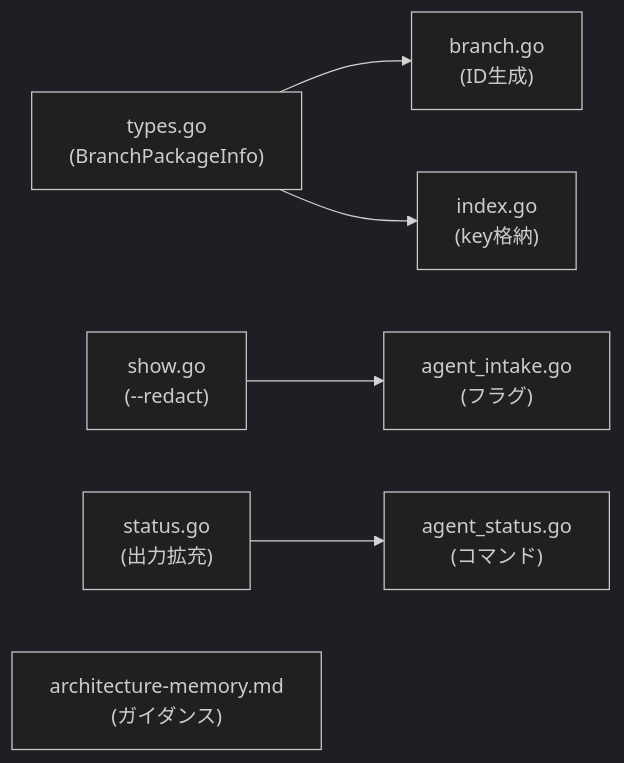
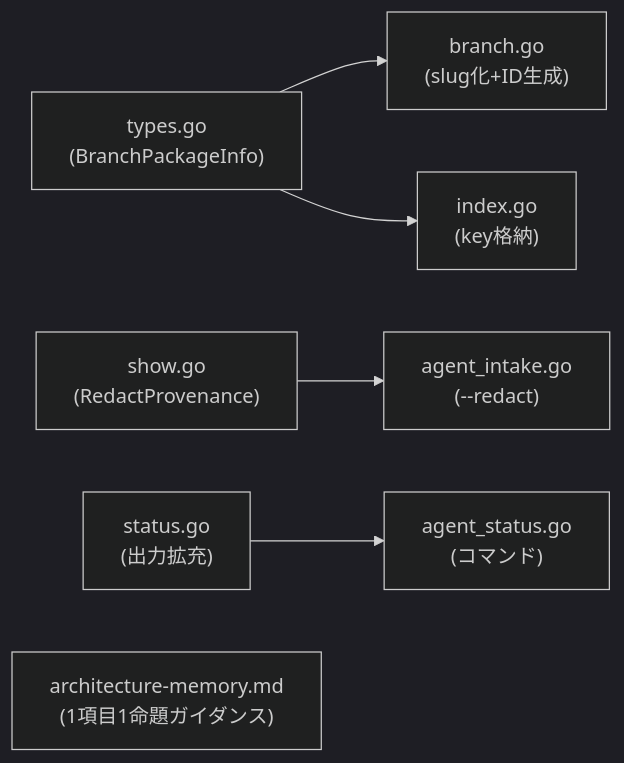
Before and after one commit to axsh/tokotachi: the diagram in prompts/phases/000-foundation/branches/fix-memory-compiling/ideas/001-Intake-Quality-Improvements.md, drawn with Mermaid (dark theme). The commit also changed other lines of this file, not shown here.

Commit message:
docs: revise specification 001-Intake-Quality-Improvements per review

````diff
--- a/prompts/phases/000-foundation/branches/fix-memory-compiling/ideas/001-Intake-Quality-Improvements.md
+++ b/prompts/phases/000-foundation/branches/fix-memory-compiling/ideas/001-Intake-Quality-Improvements.md
@@ -141,8 +168,8 @@
 ```mermaid
 graph LR
-    A["types.go<br>(BranchPackageInfo)"] --> B["branch.go<br>(ID生成)"]
+    A["types.go<br>(BranchPackageInfo)"] --> B["branch.go<br>(slug化+ID生成)"]
     A --> C["index.go<br>(key格納)"]
-    D["show.go<br>(--redact)"] --> E["agent_intake.go<br>(フラグ)"]
+    D["show.go<br>(RedactProvenance)"] --> E["agent_intake.go<br>(--redact)"]
     F["status.go<br>(出力拡充)"] --> G["agent_status.go<br>(コマンド)"]
-    H["architecture-memory.md<br>(ガイダンス)"]
+    H["architecture-memory.md<br>(1項目1命題ガイダンス)"]
 ```
````
